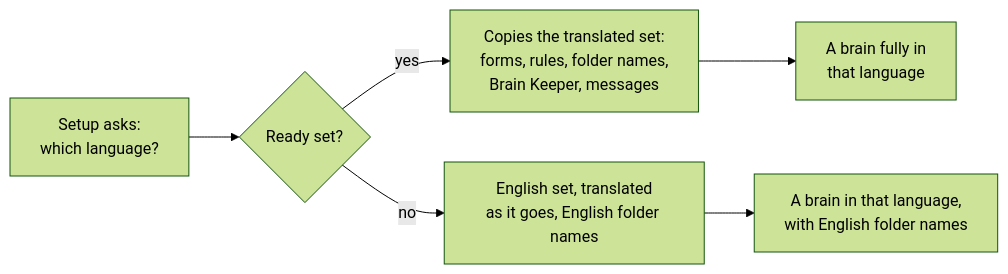
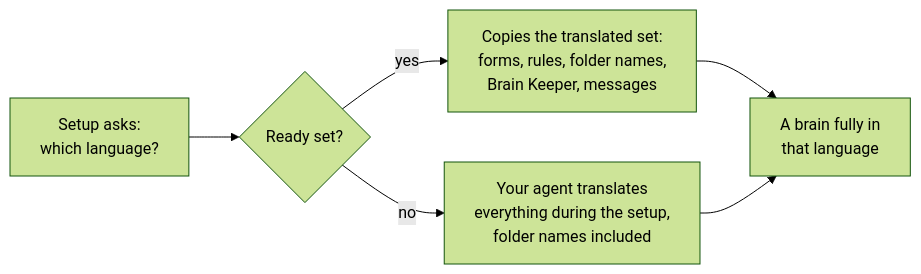
One commit to Phygital-Brain/phygital-brain changed the diagram in languages/README.md. Above: the diagram before and after it, drawn with Mermaid (forest theme). The commit also changed other lines of this file and 7 other files, not shown here.

Commit message:
Any language is translated in full during the setup; ready languages accept English names and codes

````diff
--- a/languages/README.md
+++ b/languages/README.md
@@ -7,8 +7,8 @@
 ```mermaid
 flowchart LR
     Q[Setup asks:<br>which language?] --> R{Ready set?}
     R -- yes --> S[Copies the translated set:<br>forms, rules, folder names,<br>Brain Keeper, messages]
-    R -- no --> E[English set, translated<br>as it goes, English folder names]
+    R -- no --> E[Your agent translates<br>everything during the setup,<br>folder names included]
     S --> B[A brain fully in<br>that language]
-    E --> B2[A brain in that language,<br>with English folder names]
+    E --> B
 ```
````
